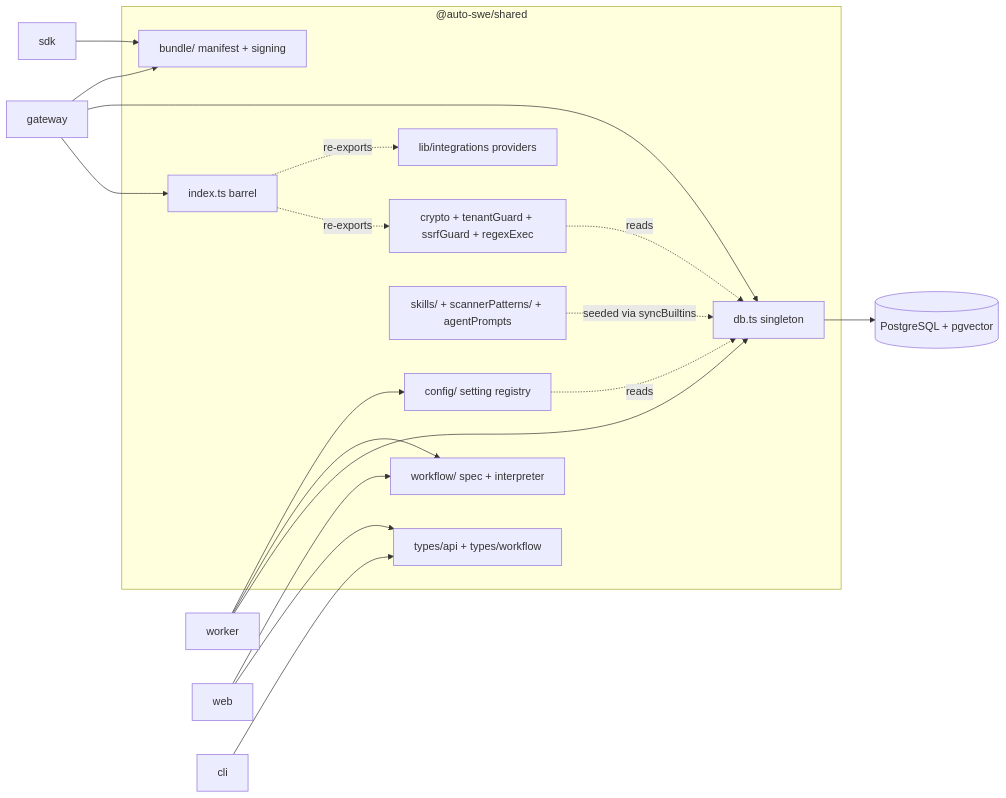
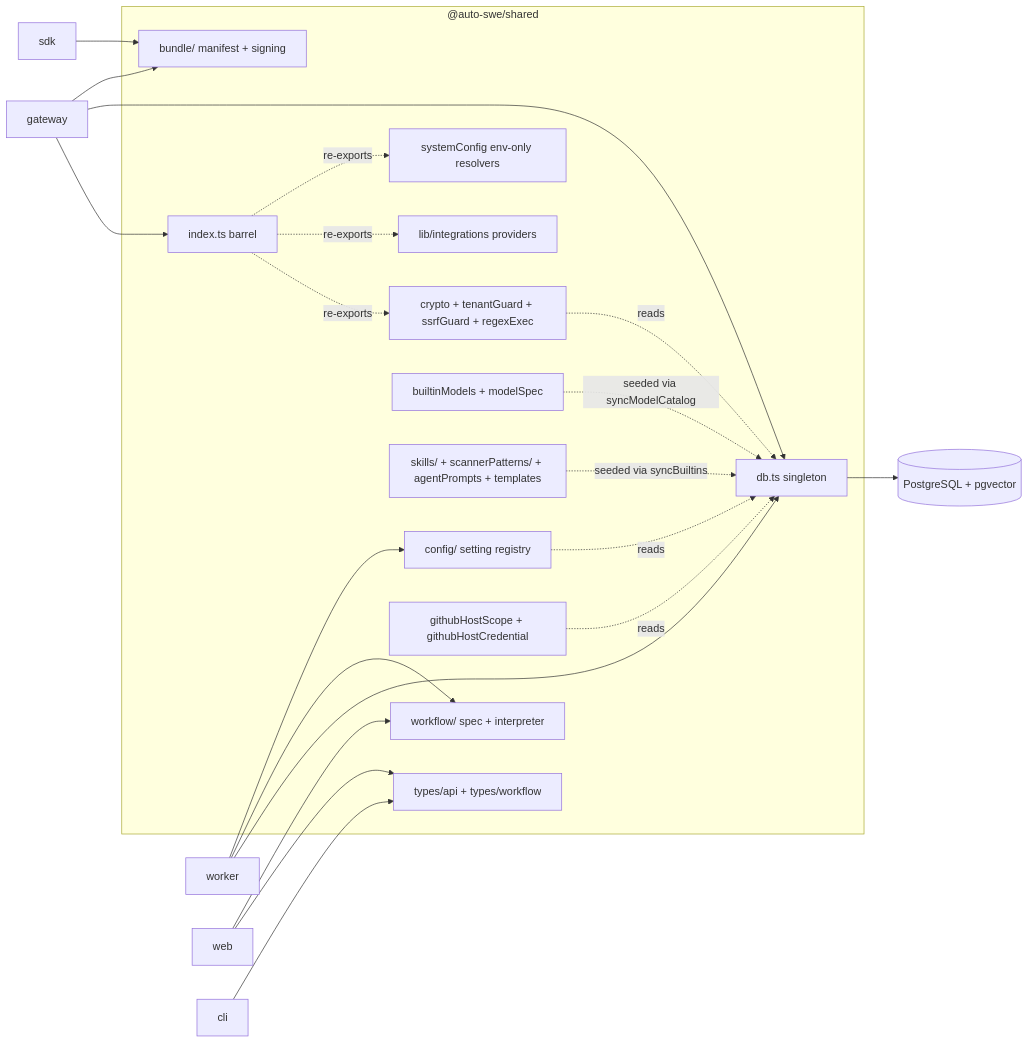
The diagram in wiki/2-shared-library.md (yorch/auto-swe), drawn with Mermaid before and after one commit. The commit also changed other lines of this file and 28 other files, not shown here.

First line of the commit message:
docs: regenerate the wiki at ae416937 and cover the MCP server, agent runs, and model catalog

````diff
--- a/wiki/2-shared-library.md
+++ b/wiki/2-shared-library.md
@@ -36,34 +40,40 @@
 ```mermaid
 flowchart LR
     subgraph Shared["@auto-swe/shared"]
         Barrel[index.ts barrel]
         DB[db.ts singleton]
         Types[types/api + types/workflow]
         Wf[workflow/ spec + interpreter]
         Cfg[config/ setting registry]
-        Seed[skills/ + scannerPatterns/ + agentPrompts]
+        Env[systemConfig env-only resolvers]
+        Models[builtinModels + modelSpec]
+        Seed[skills/ + scannerPatterns/ + agentPrompts + templates]
         Sec[crypto + tenantGuard + ssrfGuard + regexExec]
+        Gh[githubHostScope + githubHostCredential]
         Int[lib/integrations providers]
         Bun[bundle/ manifest + signing]
     end
 
     Prisma[(PostgreSQL + pgvector)]
 
     DB --> Prisma
     Cfg -.reads.-> DB
     Sec -.reads.-> DB
+    Gh -.reads.-> DB
     Seed -.seeded via syncBuiltins.-> DB
+    Models -.seeded via syncModelCatalog.-> DB
     Barrel -.re-exports.-> Sec
     Barrel -.re-exports.-> Int
+    Barrel -.re-exports.-> Env
 
     Gateway[gateway] --> Barrel
     Gateway --> DB
     Gateway --> Bun
     Worker[worker] --> DB
     Worker --> Wf
     Worker --> Cfg
     Web[web] --> Types
     Web --> Wf
     CLI[cli] --> Types
     SDK[sdk] --> Bun
 ```
````
